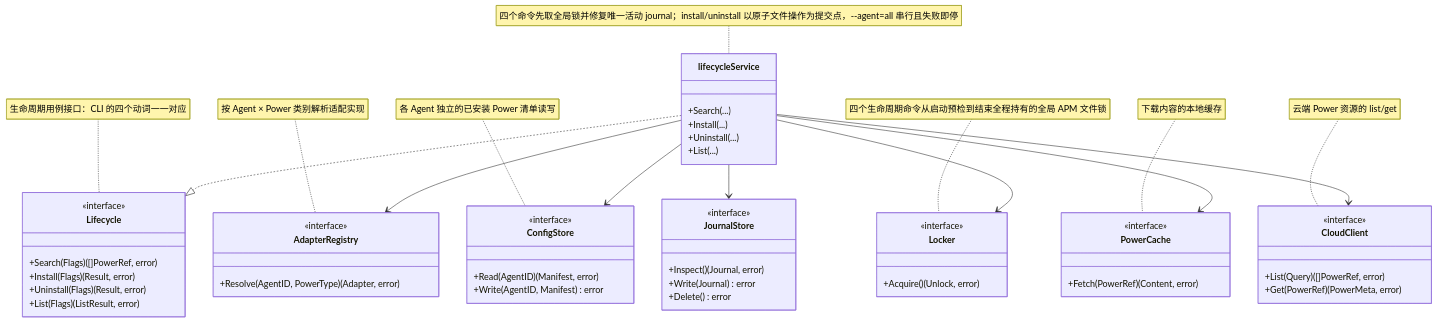
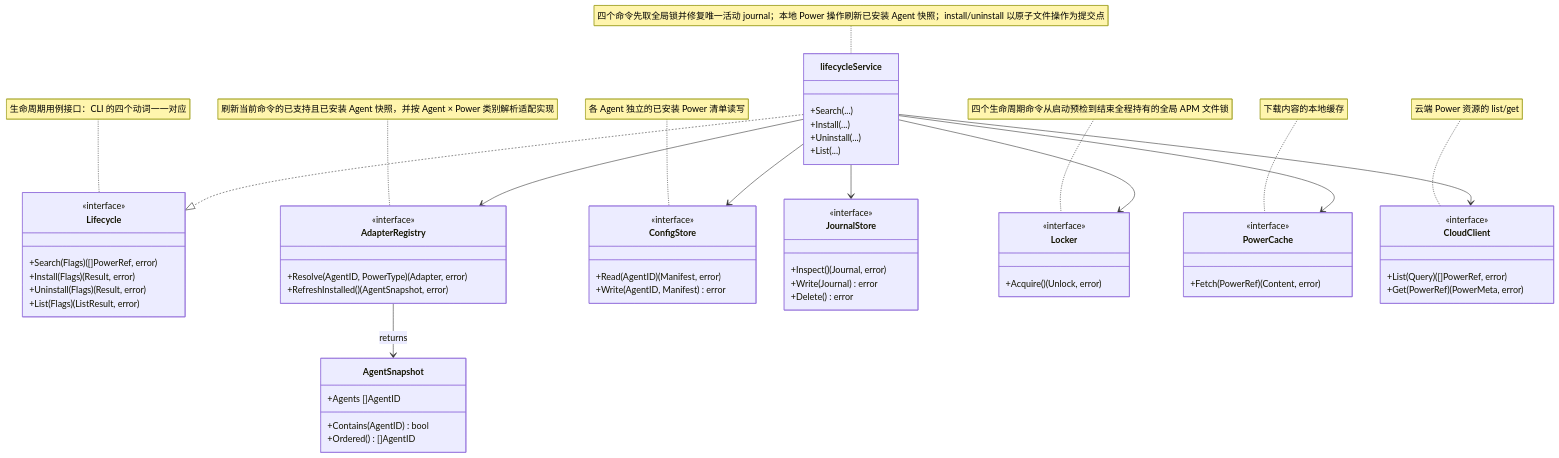
The diagram in ivory-tower/c4/components/apm-cli-diagrams/core-lifecycle.mmd (spacemit-com/agent-power-manager), drawn with Mermaid before and after one commit. The commit also changed 11 other files, not shown here.

Commit message:
docs(adr): define installed Agent discovery

```diff
--- a/ivory-tower/c4/components/apm-cli-diagrams/core-lifecycle.mmd
+++ b/ivory-tower/c4/components/apm-cli-diagrams/core-lifecycle.mmd
@@ -1,64 +1,72 @@
 classDiagram
     note for Lifecycle "生命周期用例接口：CLI 的四个动词一一对应"
     class Lifecycle {
         <<interface>>
         +Search(Flags) ([]PowerRef, error)
         +Install(Flags) (Result, error)
         +Uninstall(Flags) (Result, error)
         +List(Flags) (ListResult, error)
     }
 
-    note for lifecycleService "四个命令先取全局锁并修复唯一活动 journal；install/uninstall 以原子文件操作为提交点，--agent=all 串行且失败即停"
+    note for lifecycleService "四个命令先取全局锁并修复唯一活动 journal；本地 Power 操作刷新已安装 Agent 快照；install/uninstall 以原子文件操作为提交点"
     class lifecycleService {
         +Search(...)
         +Install(...)
         +Uninstall(...)
         +List(...)
     }
 
-    note for AdapterRegistry "按 Agent × Power 类别解析适配实现"
+    note for AdapterRegistry "刷新当前命令的已支持且已安装 Agent 快照，并按 Agent × Power 类别解析适配实现"
     class AdapterRegistry {
         <<interface>>
         +Resolve(AgentID, PowerType) (Adapter, error)
+        +RefreshInstalled() (AgentSnapshot, error)
+    }
+
+    class AgentSnapshot {
+        +Agents []AgentID
+        +Contains(AgentID) bool
+        +Ordered() []AgentID
     }
 
     note for ConfigStore "各 Agent 独立的已安装 Power 清单读写"
     class ConfigStore {
         <<interface>>
         +Read(AgentID) (Manifest, error)
         +Write(AgentID, Manifest) error
     }
 
     class JournalStore {
         <<interface>>
         +Inspect() (Journal, error)
         +Write(Journal) error
         +Delete() error
     }
 
     note for Locker "四个生命周期命令从启动预检到结束全程持有的全局 APM 文件锁"
     class Locker {
         <<interface>>
         +Acquire() (Unlock, error)
     }
 
     note for PowerCache "下载内容的本地缓存"
     class PowerCache {
         <<interface>>
         +Fetch(PowerRef) (Content, error)
     }
 
     note for CloudClient "云端 Power 资源的 list/get"
     class CloudClient {
         <<interface>>
         +List(Query) ([]PowerRef, error)
         +Get(PowerRef) (PowerMeta, error)
     }
 
     lifecycleService ..|> Lifecycle
     lifecycleService --> AdapterRegistry
+    AdapterRegistry --> AgentSnapshot : returns
     lifecycleService --> ConfigStore
     lifecycleService --> JournalStore
     lifecycleService --> Locker
     lifecycleService --> PowerCache
     lifecycleService --> CloudClient
```
